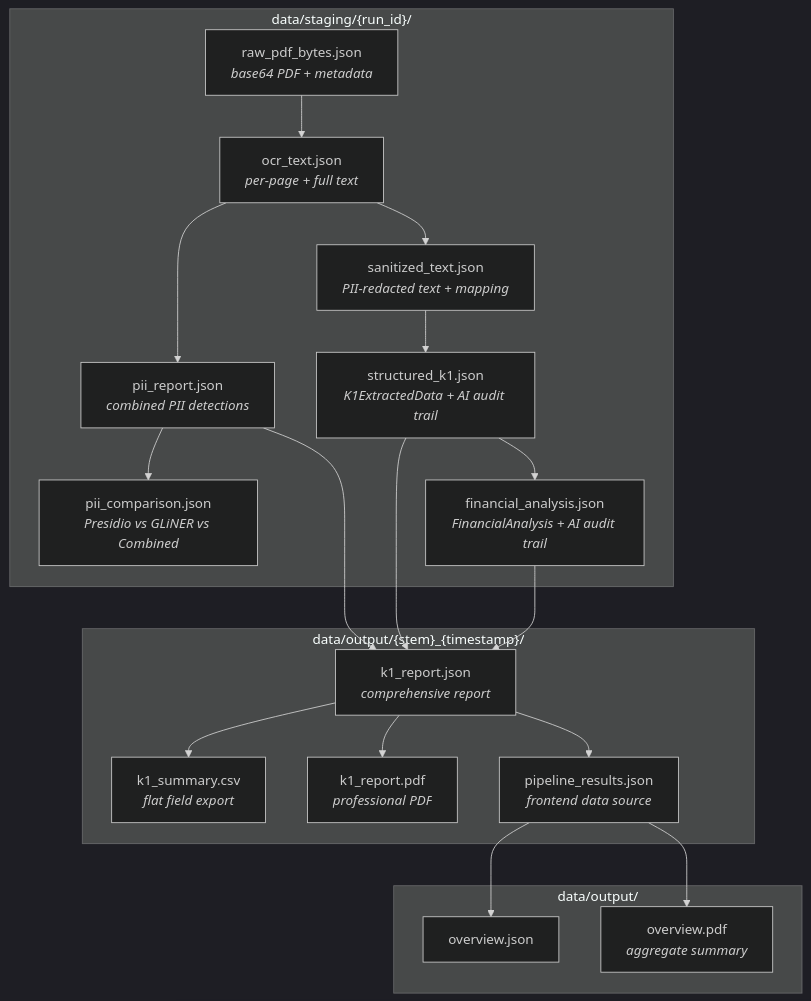
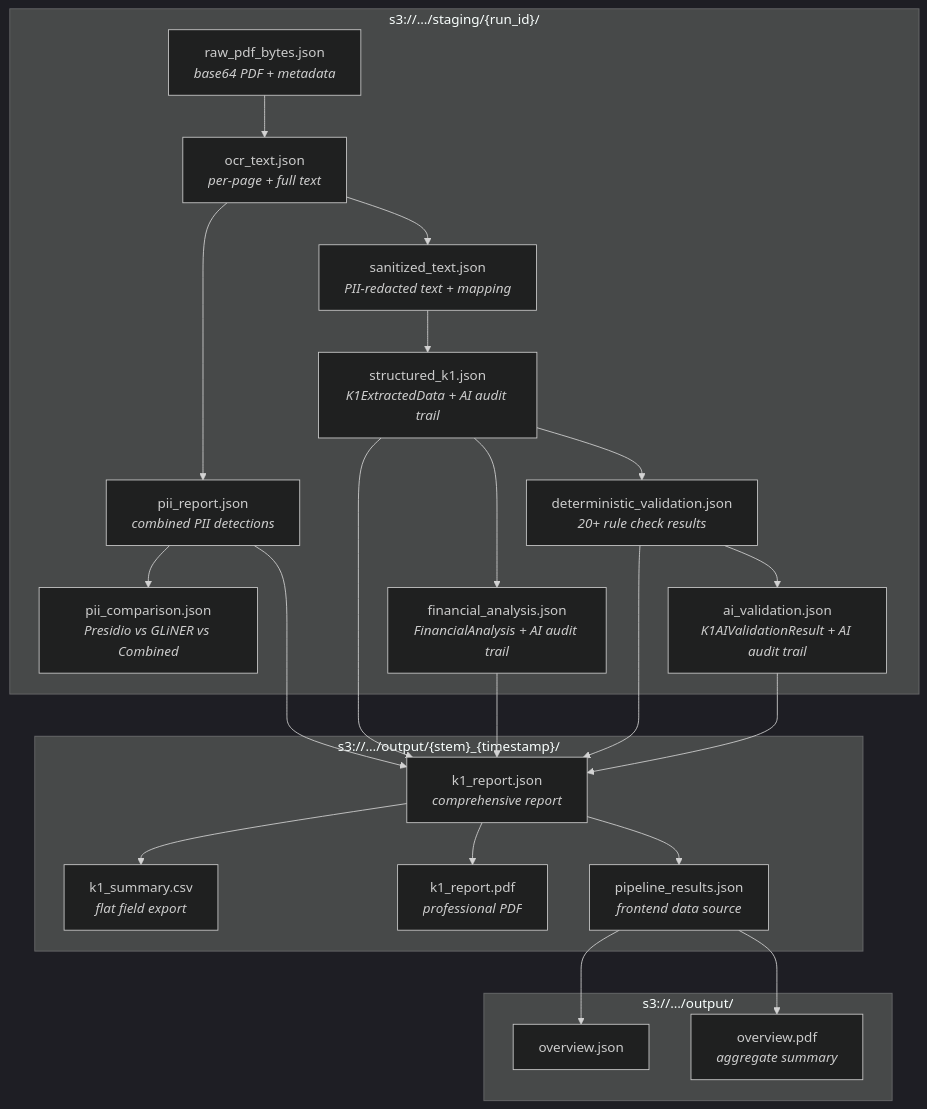
One commit to danielpodrazka/dagster-document-intelligence changed the seventh of 8 diagrams in README.md. Above: the diagram before and after it, drawn with Mermaid (dark theme). The commit also changed other lines of this file and 5 other files, not shown here.

````diff
--- a/README.md
+++ b/README.md
@@ -219,39 +322,45 @@
 ```mermaid
 graph TD
-    subgraph Staging["data/staging/{run_id}/"]
+    subgraph Staging["s3://…/staging/{run_id}/"]
         S1["raw_pdf_bytes.json<br/><i>base64 PDF + metadata</i>"]
         S2["ocr_text.json<br/><i>per-page + full text</i>"]
         S3["pii_report.json<br/><i>combined PII detections</i>"]
         S4["pii_comparison.json<br/><i>Presidio vs GLiNER vs Combined</i>"]
         S5["sanitized_text.json<br/><i>PII-redacted text + mapping</i>"]
         S6["structured_k1.json<br/><i>K1ExtractedData + AI audit trail</i>"]
         S7["financial_analysis.json<br/><i>FinancialAnalysis + AI audit trail</i>"]
+        S8["deterministic_validation.json<br/><i>20+ rule check results</i>"]
+        S9["ai_validation.json<br/><i>K1AIValidationResult + AI audit trail</i>"]
     end
 
-    subgraph Output["data/output/{stem}_{timestamp}/"]
+    subgraph Output["s3://…/output/{stem}_{timestamp}/"]
         O1["k1_report.json<br/><i>comprehensive report</i>"]
         O2["k1_summary.csv<br/><i>flat field export</i>"]
         O3["k1_report.pdf<br/><i>professional PDF</i>"]
         O4["pipeline_results.json<br/><i>frontend data source</i>"]
     end
 
-    subgraph Overview["data/output/"]
+    subgraph Overview["s3://…/output/"]
         OV1["overview.json"]
         OV2["overview.pdf<br/><i>aggregate summary</i>"]
     end
 
     S1 --> S2
     S2 --> S3
     S2 --> S5
     S3 --> S4
     S5 --> S6
     S6 --> S7
+    S6 --> S8
+    S8 --> S9
     S3 --> O1
     S6 --> O1
     S7 --> O1
+    S8 --> O1
+    S9 --> O1
     O1 --> O2
     O1 --> O3
     O1 --> O4
     O4 --> OV1
     O4 --> OV2
 ```
````
